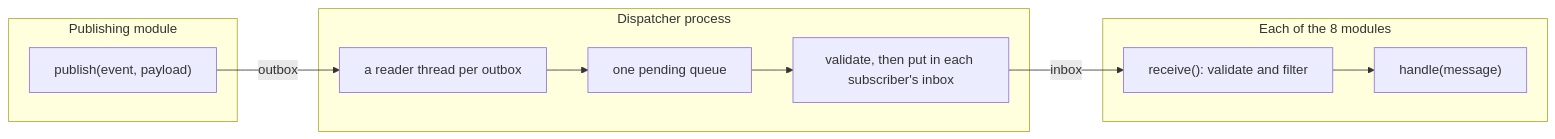
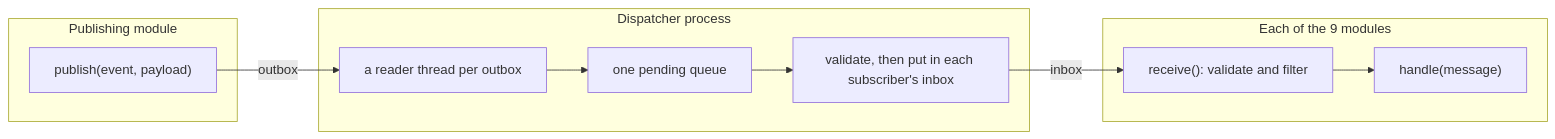
One commit to marcpage/libranet changed the seventh of 13 diagrams in docs/implementation/Module System.md. Above: the diagram before and after it, drawn with Mermaid. The commit also changed other lines of this file and 21 other files, not shown here.

````diff
--- a/docs/implementation/Module System.md
+++ b/docs/implementation/Module System.md
@@ -772,19 +789,19 @@
 ```mermaid
 flowchart LR
     subgraph pubside["Publishing module"]
         pub["publish(event, payload)"]
     end
     subgraph dispside["Dispatcher process"]
         reader["a reader thread per outbox"]
         pending["one pending queue"]
         deliver["validate, then put in each subscriber's inbox"]
         reader --> pending --> deliver
     end
-    subgraph subside["Each of the 8 modules"]
+    subgraph subside["Each of the 9 modules"]
         rcv["receive(): validate and filter"]
         hdl["handle(message)"]
         rcv --> hdl
     end
     pub -->|"outbox"| reader
     deliver -->|"inbox"| rcv
 ```
````
